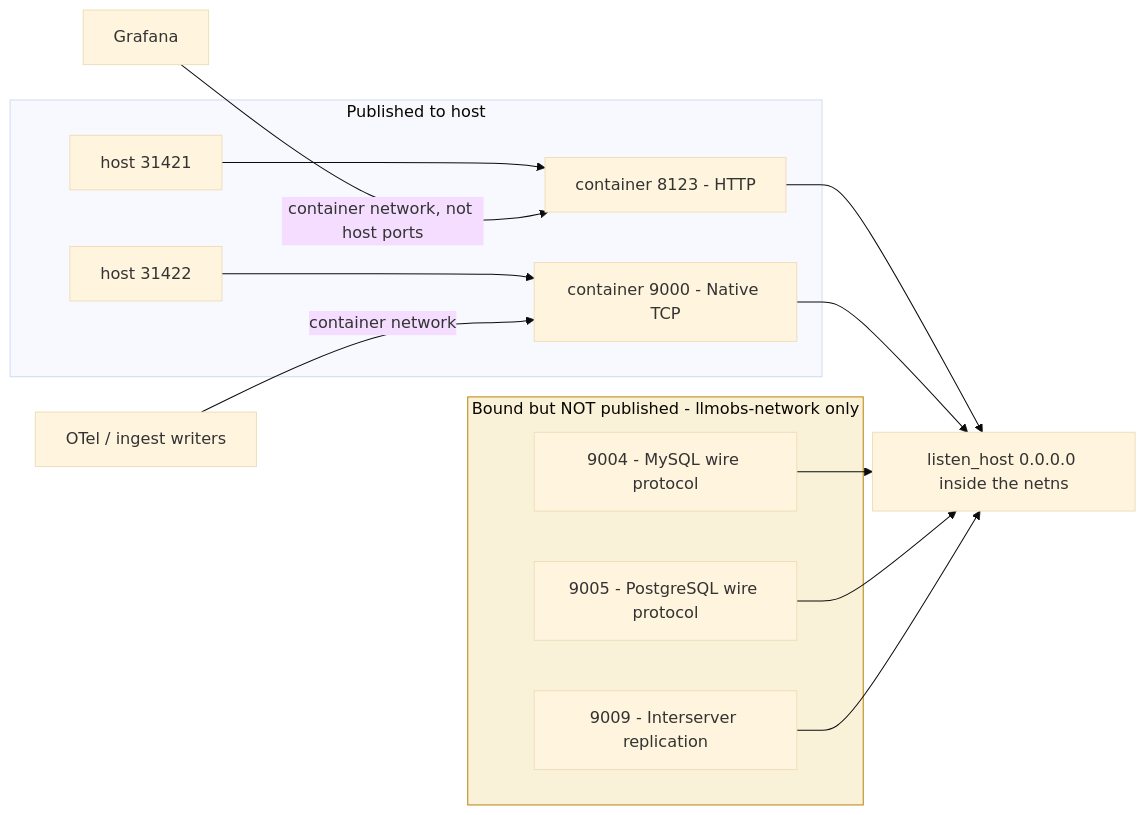
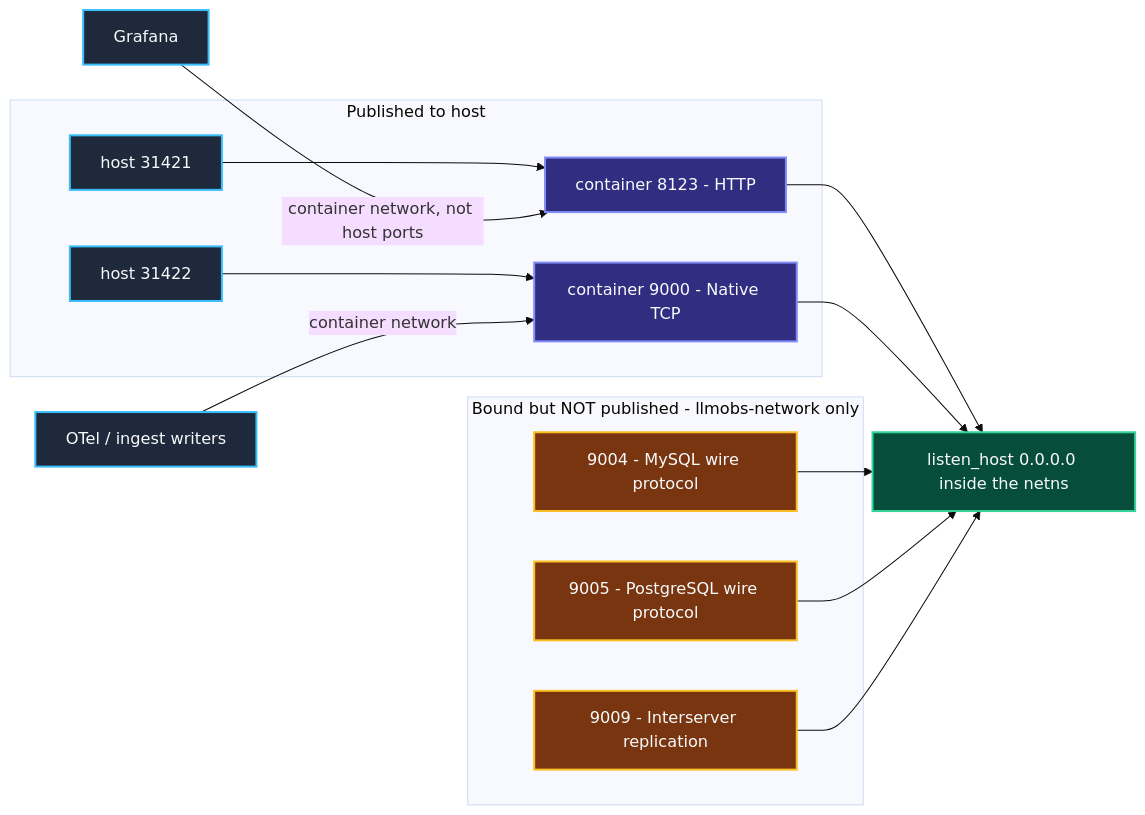
Before and after one commit to Chief-Strategist-J/llm-obs-infra: diagram 12 of 17 in docs/configDoc/clickhouse-configuration-guide.md, drawn with Mermaid (base theme). The commit also changed other lines of this file, not shown here.

First line of the commit message:
fix(clickhouse-docs): repair Mermaid rendering, colour all diagrams, strip pseudocode comments

````diff
--- a/docs/configDoc/clickhouse-configuration-guide.md
+++ b/docs/configDoc/clickhouse-configuration-guide.md
@@ -1205,24 +1313,33 @@
 ```mermaid
 graph LR
     subgraph Published ["Published to host"]
         H1["host 31421"] --> P1["container 8123 - HTTP"]
         H2["host 31422"] --> P2["container 9000 - Native TCP"]
     end
 
     subgraph Internal ["Bound but NOT published - llmobs-network only"]
         P3["9004 - MySQL wire protocol"]
         P4["9005 - PostgreSQL wire protocol"]
         P5["9009 - Interserver replication"]
     end
 
     P1 --> S1["listen_host 0.0.0.0 inside the netns"]
     P2 --> S1
     P3 --> S1
     P4 --> S1
     P5 --> S1
 
     G1["Grafana"] -->|container network, not host ports| P1
     OC["OTel / ingest writers"] -->|container network| P2
 
-    style Internal fill:#f9f2d9,stroke:#b8860b
+    style H1 fill:#1e293b,stroke:#38bdf8,stroke-width:2px,color:#f8fafc
+    style H2 fill:#1e293b,stroke:#38bdf8,stroke-width:2px,color:#f8fafc
+    style G1 fill:#1e293b,stroke:#38bdf8,stroke-width:2px,color:#f8fafc
+    style OC fill:#1e293b,stroke:#38bdf8,stroke-width:2px,color:#f8fafc
+    style P1 fill:#312e81,stroke:#818cf8,stroke-width:2px,color:#f8fafc
+    style P2 fill:#312e81,stroke:#818cf8,stroke-width:2px,color:#f8fafc
+    style P3 fill:#78350f,stroke:#fbbf24,stroke-width:2px,color:#f8fafc
+    style P4 fill:#78350f,stroke:#fbbf24,stroke-width:2px,color:#f8fafc
+    style P5 fill:#78350f,stroke:#fbbf24,stroke-width:2px,color:#f8fafc
+    style S1 fill:#064e3b,stroke:#34d399,stroke-width:2px,color:#f8fafc
 ```
````
